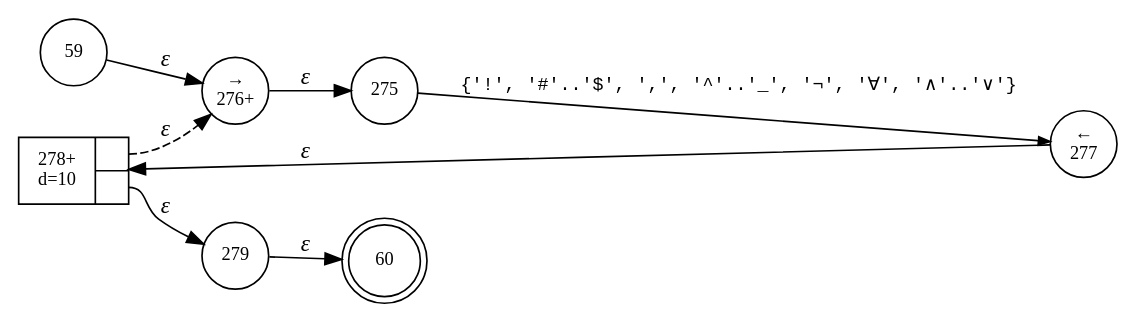
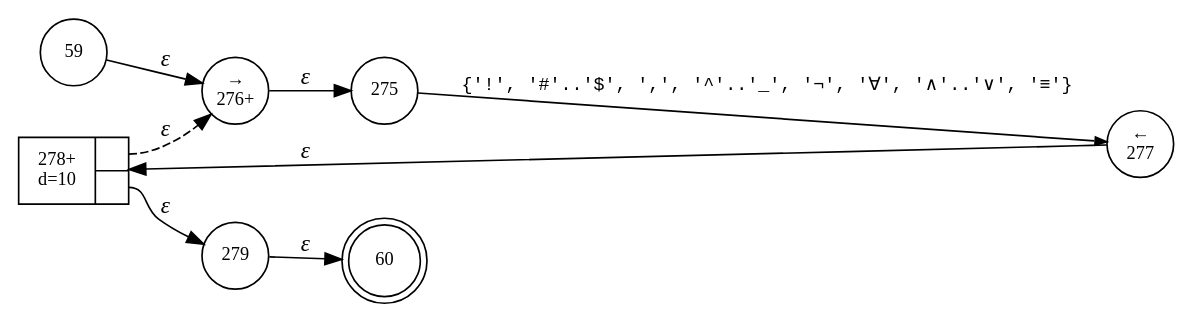
The diagram in internal/parser/BundLexer.SYSF.dot (vulogov/Bund-old), drawn with Graphviz before and after one commit. The commit also changed 18 other files, not shown here.

```diff
--- a/internal/parser/BundLexer.SYSF.dot
+++ b/internal/parser/BundLexer.SYSF.dot
@@ -1,17 +1,17 @@
 digraph ATN {
 rankdir=LR;
 s60[fontsize=11, label="60", shape=doublecircle, fixedsize=true, width=.6];
 s275[fontsize=11,label="275", shape=circle, fixedsize=true, width=.55, peripheries=1];
 s276[fontsize=11,label="&rarr;\n276+", shape=circle, fixedsize=true, width=.55, peripheries=1];
 s277[fontsize=11,label="&larr;\n277", shape=circle, fixedsize=true, width=.55, peripheries=1];
 s278[fontsize=11,label="{278+\nd=10|{<p0>|<p1>}}", shape=record, fixedsize=false, peripheries=1];
 s279[fontsize=11,label="279", shape=circle, fixedsize=true, width=.55, peripheries=1];
 s59[fontsize=11,label="59", shape=circle, fixedsize=true, width=.55, peripheries=1];
 s59 -> s276 [fontname="Times-Italic", label="&epsilon;"];
 s276 -> s275 [fontname="Times-Italic", label="&epsilon;"];
-s275 -> s277 [fontsize=11, fontname="Courier", arrowsize=.7, label = "{'!', '#'..'$', ',', '^'..'_', '¬', '∀', '∧'..'∨'}", arrowhead = normal];
+s275 -> s277 [fontsize=11, fontname="Courier", arrowsize=.7, label = "{'!', '#'..'$', ',', '^'..'_', '¬', '∀', '∧'..'∨', '≡'}", arrowhead = normal];
 s277 -> s278 [fontname="Times-Italic", label="&epsilon;"];
 s278:p0 -> s276 [fontname="Times-Italic", label="&epsilon;", style="dashed"];
 s278:p1 -> s279 [fontname="Times-Italic", label="&epsilon;"];
 s279 -> s60 [fontname="Times-Italic", label="&epsilon;"];
 }
```
